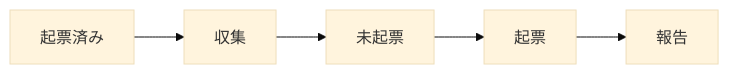
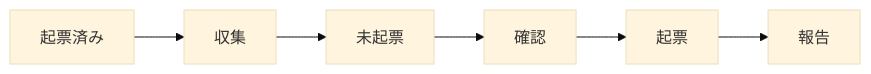
The diagram in .claude/scheduled-tasks/plumette/SKILL.md (ac-nakamura-y/batb), drawn with Mermaid (base theme) before and after one commit. The commit also changed other lines of this file and 2 other files, not shown here.

First line of the commit message:
Ask before Plumette files each issue (#22)

````diff
--- a/.claude/scheduled-tasks/plumette/SKILL.md
+++ b/.claude/scheduled-tasks/plumette/SKILL.md
@@ -18,7 +18,8 @@
 ```mermaid
 flowchart LR
   listIssues[起票済み] --> collect[収集]
   collect --> findNew[未起票]
-  findNew --> saveIssue[起票]
+  findNew --> confirm[確認]
+  confirm --> saveIssue[起票]
   saveIssue --> report[報告]
 ```
````
